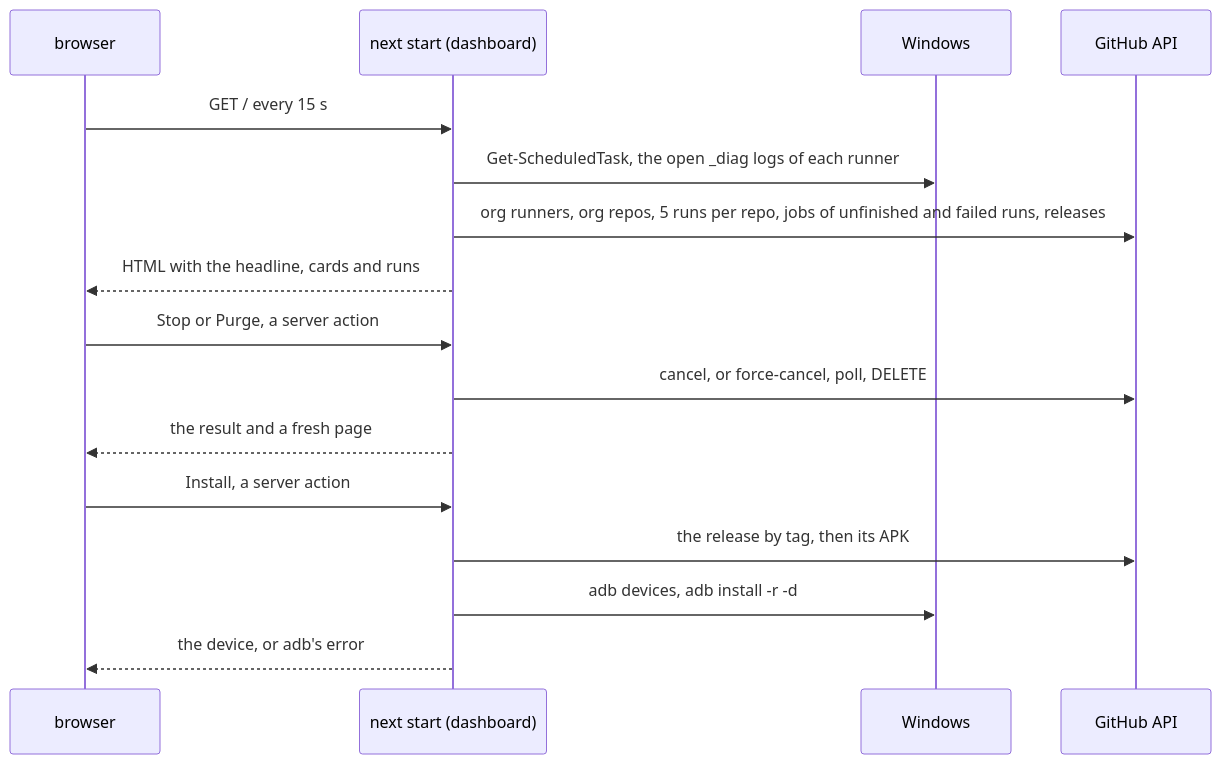
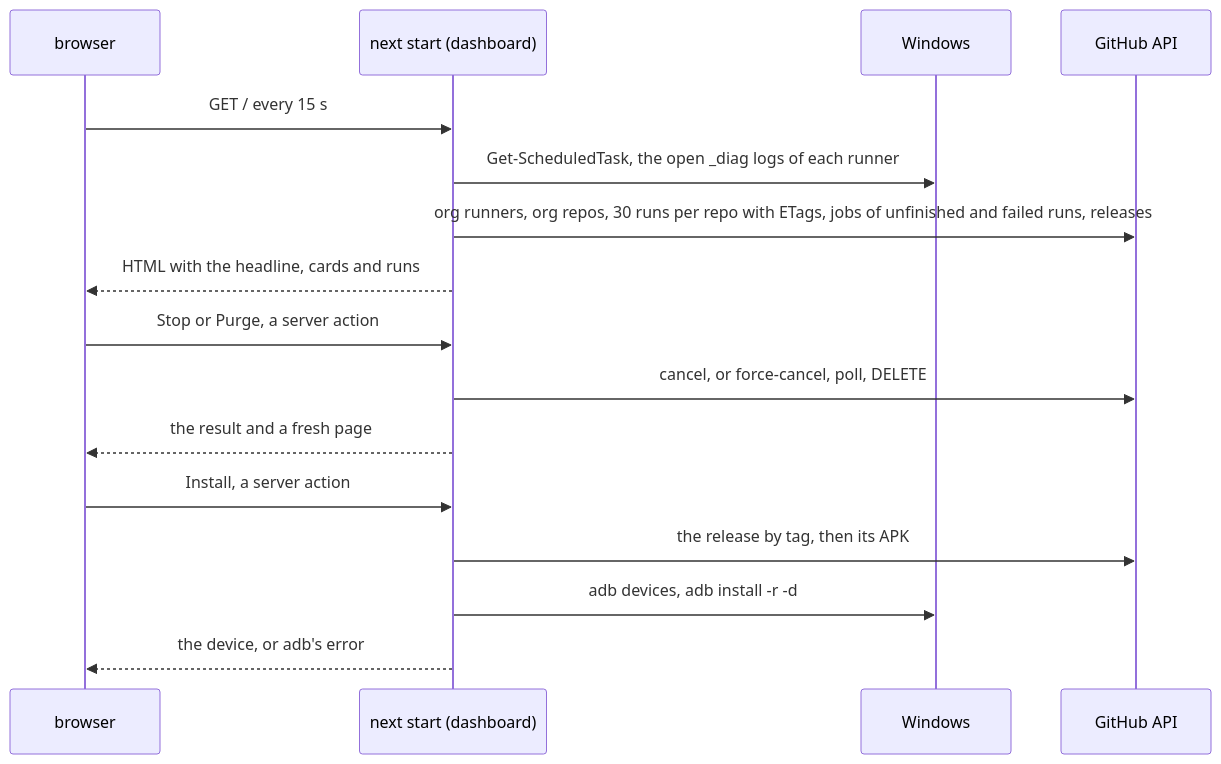
Before and after one commit to workbench-soft/local-ci: the third of 3 diagrams in docs/architecture.md, drawn with Mermaid. The commit also changed other lines of this file and 3 other files, not shown here.

Commit message:
docs: Running now card, 30 runs per repo and ETags

````diff
--- a/docs/architecture.md
+++ b/docs/architecture.md
@@ -108,18 +116,18 @@
 ```mermaid
 sequenceDiagram
   participant B as browser
   participant N as next start (dashboard)
   participant W as Windows
   participant G as GitHub API
   B->>N: GET / every 15 s
   N->>W: Get-ScheduledTask, the open _diag logs of each runner
-  N->>G: org runners, org repos, 5 runs per repo, jobs of unfinished and failed runs, releases
+  N->>G: org runners, org repos, 30 runs per repo with ETags, jobs of unfinished and failed runs, releases
   N-->>B: HTML with the headline, cards and runs
   B->>N: Stop or Purge, a server action
   N->>G: cancel, or force-cancel, poll, DELETE
   N-->>B: the result and a fresh page
   B->>N: Install, a server action
   N->>G: the release by tag, then its APK
   N->>W: adb devices, adb install -r -d
   N-->>B: the device, or adb's error
 ```
````
